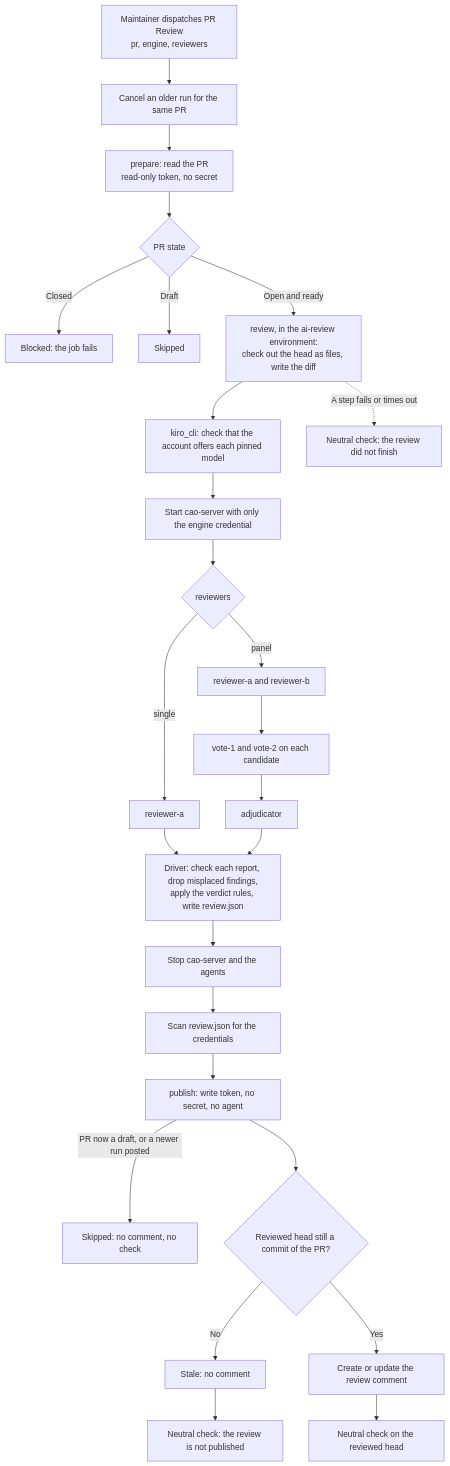
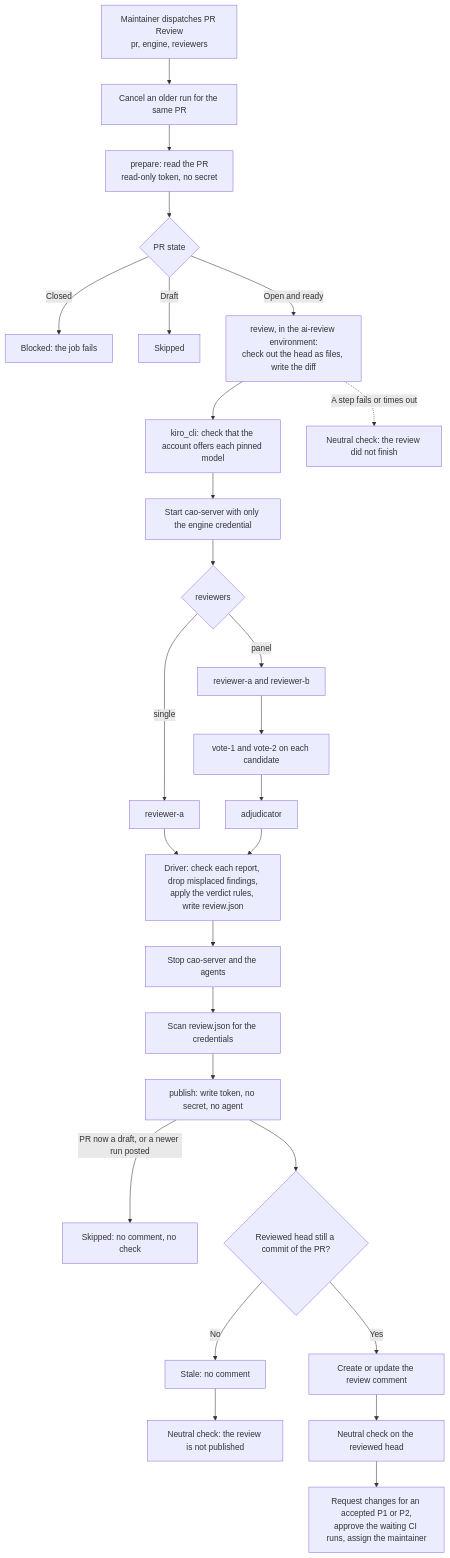
The diagram in docs/pr-review-design.md (awslabs/cli-agent-orchestrator), drawn with Mermaid before and after one commit. The commit also changed other lines of this file and 5 other files, not shown here.

First line of the commit message:
feat(pr-review): request changes on a P1 or P2, approve the PR's CI runs and assign the dispatcher

````diff
--- a/docs/pr-review-design.md
+++ b/docs/pr-review-design.md
@@ -117,28 +120,29 @@
 ```mermaid
 flowchart TD
     Dispatch["Maintainer dispatches PR Review<br/>pr, engine, reviewers"] --> Cancel["Cancel an older run for the same PR"]
     Cancel --> Prepare["prepare: read the PR<br/>read-only token, no secret"]
     Prepare --> Open{"PR state"}
     Open -->|"Closed"| Blocked["Blocked: the job fails"]
     Open -->|"Draft"| Skipped["Skipped"]
     Open -->|"Open and ready"| Setup["review, in the ai-review environment:<br/>check out the head as files, write the diff"]
     Setup --> Models["kiro_cli: check that the account offers each pinned model"]
     Models --> Server["Start cao-server with only the engine credential"]
     Server --> Mode{"reviewers"}
     Mode -->|"single"| One["reviewer-a"]
     Mode -->|"panel"| Two["reviewer-a and reviewer-b"]
     Two --> Votes["vote-1 and vote-2 on each candidate"]
     Votes --> Judge["adjudicator"]
     One --> Rules["Driver: check each report, drop misplaced findings,<br/>apply the verdict rules, write review.json"]
     Judge --> Rules
     Rules --> Stop["Stop cao-server and the agents"]
     Stop --> Scan["Scan review.json for the credentials"]
     Scan --> Publish["publish: write token, no secret, no agent"]
     Publish -->|"PR now a draft, or a newer run posted"| Late["Skipped: no comment, no check"]
     Publish --> Fresh{"Reviewed head still a commit of the PR?"}
     Fresh -->|"No"| Stale["Stale: no comment"]
     Stale --> NotPublished["Neutral check: the review is not published"]
     Fresh -->|"Yes"| Comment["Create or update the review comment"]
     Comment --> Check["Neutral check on the reviewed head"]
+    Check --> Act["Request changes for an accepted P1 or P2,<br/>approve the waiting CI runs, assign the maintainer"]
     Setup -.->|"A step fails or times out"| Failed["Neutral check: the review did not finish"]
 ```
````
